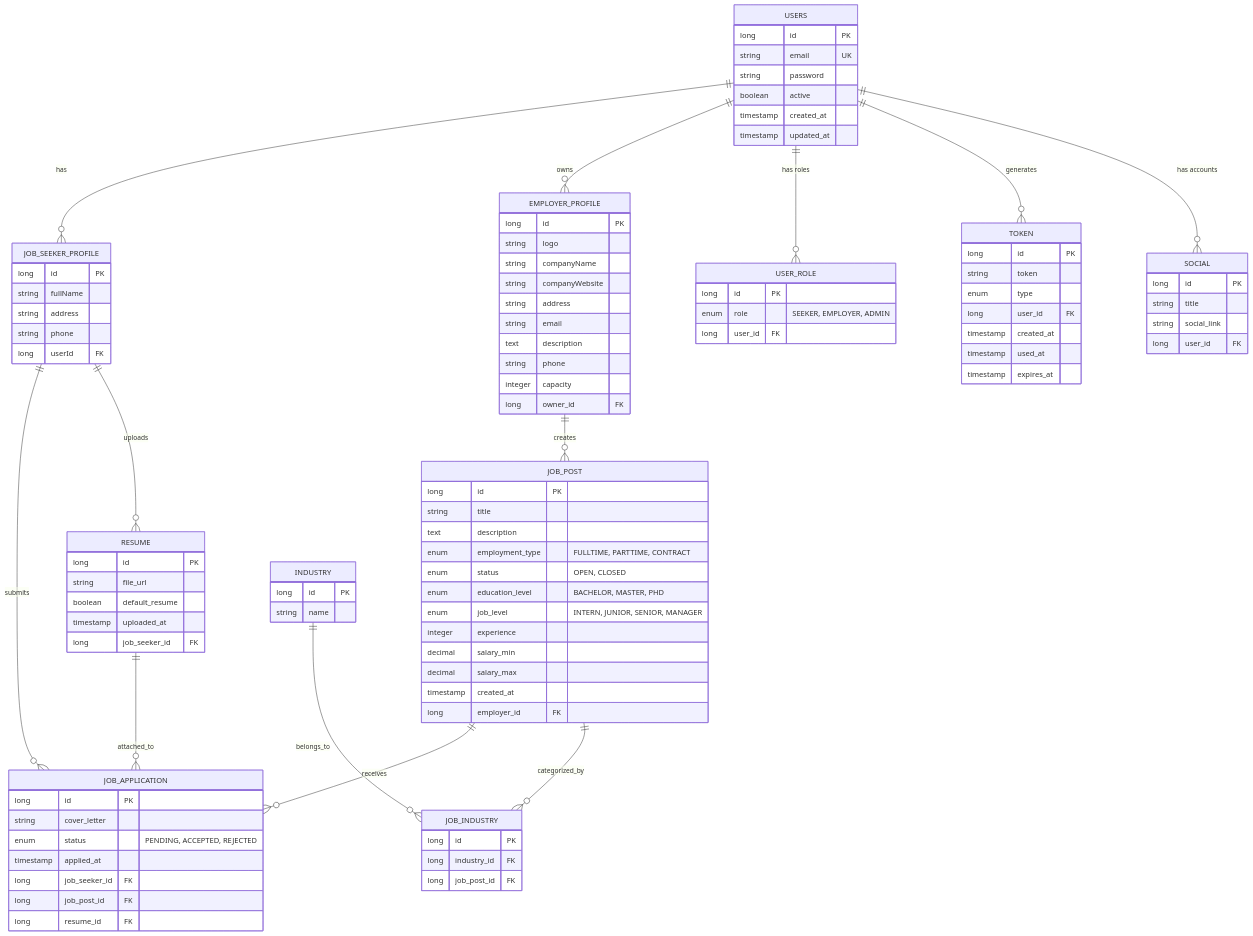
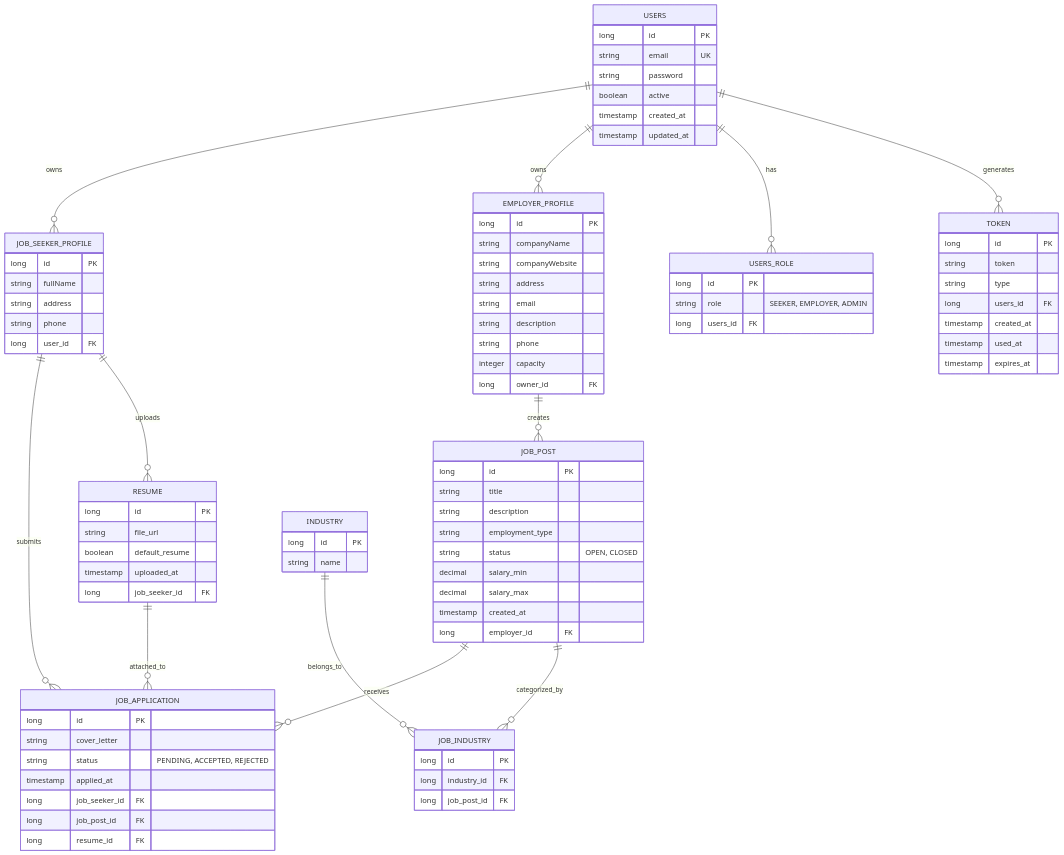
One commit to nguyenkhaan/JobPortalBE changed the diagram in README.md. Above: the diagram before and after it, drawn with Mermaid. The commit also changed other lines of this file and 54 other files, not shown here.

````diff
--- a/README.md
+++ b/README.md
@@ -26,10 +22,9 @@
 ```mermaid
 erDiagram
-    USERS ||--o{ JOB_SEEKER_PROFILE : has
+    USERS ||--o{ JOB_SEEKER_PROFILE : owns
     USERS ||--o{ EMPLOYER_PROFILE : owns
-    USERS ||--o{ USER_ROLE : "has roles"
+    USERS ||--o{ USERS_ROLE : has
     USERS ||--o{ TOKEN : generates
-    USERS ||--o{ SOCIAL : "has accounts"
     EMPLOYER_PROFILE ||--o{ JOB_POST : creates
     JOB_POST ||--o{ JOB_APPLICATION : receives
     JOB_POST ||--o{ JOB_INDUSTRY : categorized_by
@@ -52,54 +47,43 @@
         string fullName
         string address
         string phone
-        long userId FK
+        long user_id FK
     }
 
     EMPLOYER_PROFILE {
         long id PK
-        string logo
         string companyName
         string companyWebsite
         string address
         string email
-        text description
+        string description
         string phone
         integer capacity
         long owner_id FK
     }
 
-    USER_ROLE {
+    USERS_ROLE {
         long id PK
-        enum role "SEEKER, EMPLOYER, ADMIN"
-        long user_id FK
+        string role "SEEKER, EMPLOYER, ADMIN"
+        long users_id FK
     }
 
     TOKEN {
         long id PK
         string token
-        enum type
-        long user_id FK
+        string type
+        long users_id FK
         timestamp created_at
         timestamp used_at
         timestamp expires_at
     }
 
-    SOCIAL {
-        long id PK
-        string title
-        string social_link
-        long user_id FK
-    }
-
     JOB_POST {
         long id PK
         string title
-        text description
-        enum employment_type "FULLTIME, PARTTIME, CONTRACT"
-        enum status "OPEN, CLOSED"
-        enum education_level "BACHELOR, MASTER, PHD"
-        enum job_level "INTERN, JUNIOR, SENIOR, MANAGER"
-        integer experience
+        string description
+        string employment_type
+        string status "OPEN, CLOSED"
         decimal salary_min
         decimal salary_max
         timestamp created_at
@@ -109,7 +93,7 @@
     JOB_APPLICATION {
         long id PK
         string cover_letter
-        enum status "PENDING, ACCEPTED, REJECTED"
+        string status "PENDING, ACCEPTED, REJECTED"
         timestamp applied_at
         long job_seeker_id FK
         long job_post_id FK
````
